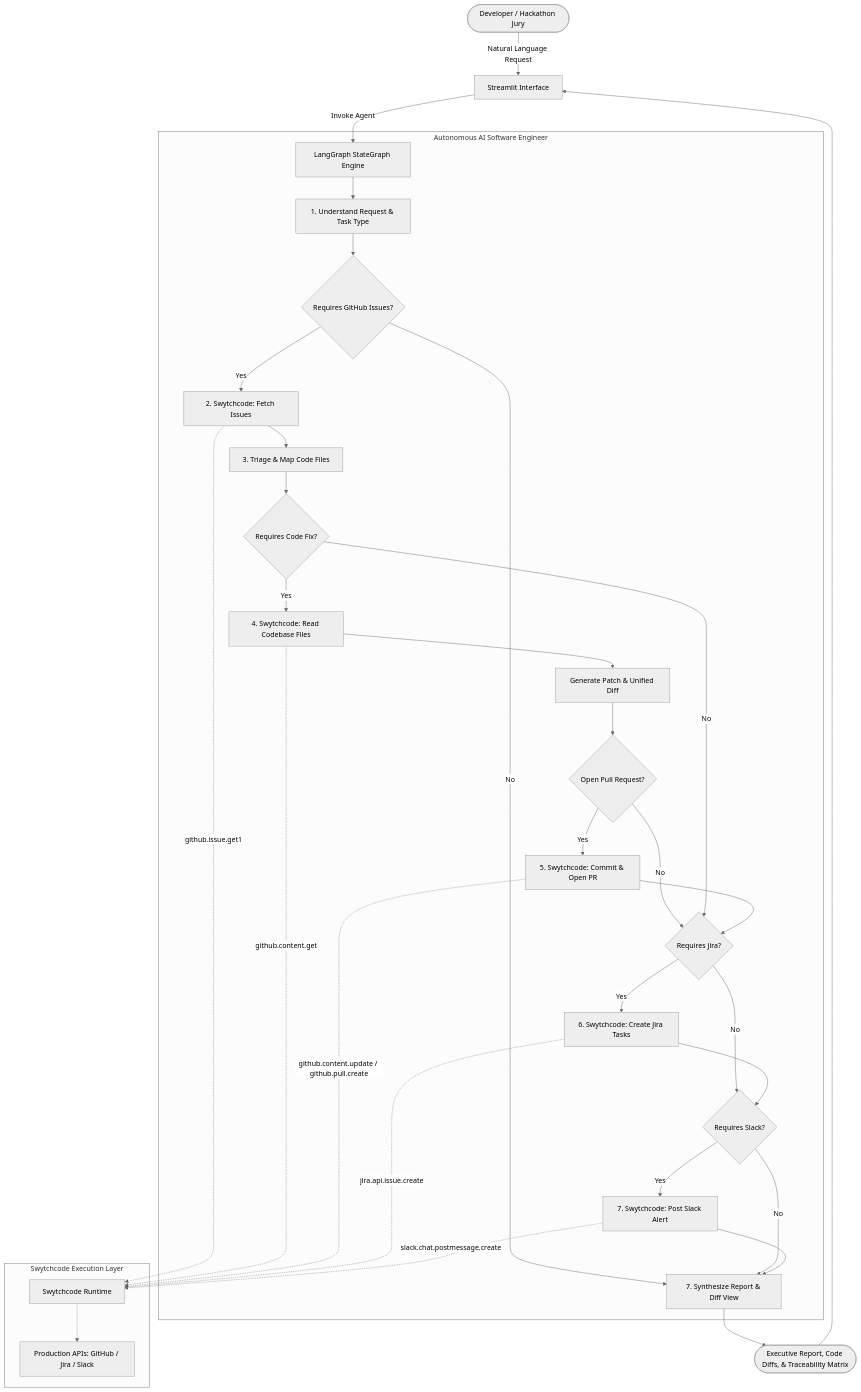
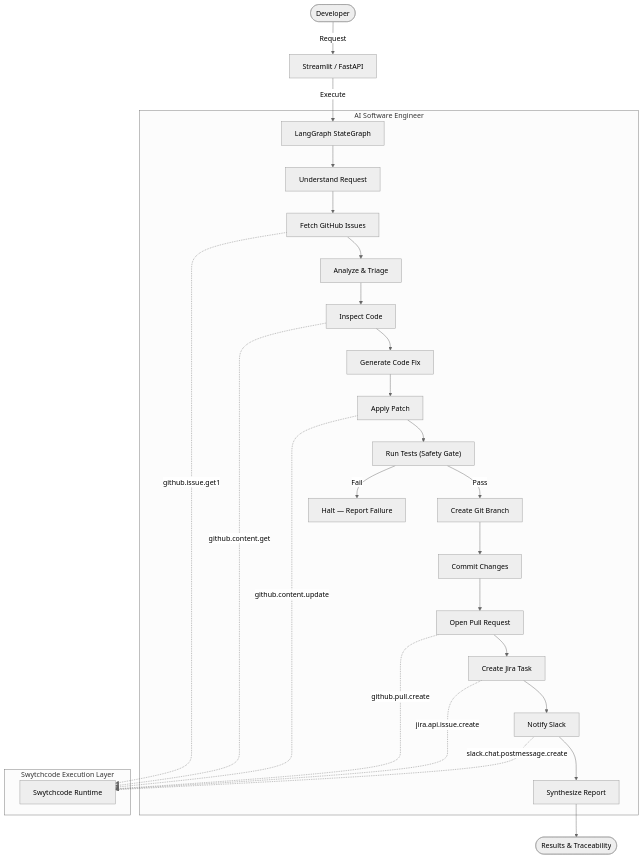
The diagram in README.md (nikhil-mutreja/Buildathon), drawn with Mermaid (neutral theme) before and after one commit. The commit also changed other lines of this file and 14 other files, not shown here.

````diff
--- a/README.md
+++ b/README.md
@@ -36,45 +36,33 @@
 ```mermaid
 flowchart TD
-    User([Developer / Hackathon Jury]) -->|Natural Language Request| UI[Streamlit Interface]
-    UI -->|Invoke Agent| Agent[LangGraph StateGraph Engine]
+    User([Developer]) -->|Request| UI[Streamlit / FastAPI]
+    UI -->|Execute| Agent[LangGraph StateGraph]
 
-    subgraph Autonomous AI Software Engineer
-        Agent --> Understand[1. Understand Request & Task Type]
-        Understand --> Route1{Requires GitHub Issues?}
-        Route1 -->|Yes| FetchGH[2. Swytchcode: Fetch Issues]
-        Route1 -->|No| Synth[7. Synthesize Report & Diff View]
-
-        FetchGH --> Triage[3. Triage & Map Code Files]
-        Triage --> Route2{Requires Code Fix?}
-
-        Route2 -->|Yes| InspectCode[4. Swytchcode: Read Codebase Files]
-        InspectCode --> GenPatch[Generate Patch & Unified Diff]
-        GenPatch --> Route3{Open Pull Request?}
-        Route3 -->|Yes| OpenPR[5. Swytchcode: Commit & Open PR]
-        Route3 -->|No| Route4{Requires Jira?}
-
-        Route2 -->|No| Route4
-        OpenPR --> Route4
-
-        Route4 -->|Yes| JiraNode[6. Swytchcode: Create Jira Tasks]
-        Route4 -->|No| Route5{Requires Slack?}
-
-        JiraNode --> Route5
-        Route5 -->|Yes| SlackNode[7. Swytchcode: Post Slack Alert]
-        Route5 -->|No| Synth
-
-        SlackNode --> Synth
+    subgraph "AI Software Engineer"
+        Agent --> Understand["Understand Request"]
+        Understand --> Fetch["Fetch GitHub Issues"]
+        Fetch --> Analyze["Analyze & Triage"]
+        Analyze --> Inspect["Inspect Code"]
+        Inspect --> Fix["Generate Code Fix"]
+        Fix --> Modify["Apply Patch"]
+        Modify --> Test["Run Tests (Safety Gate)"]
+        Test -->|Pass| Branch["Create Git Branch"]
+        Test -->|Fail| Halt["Halt — Report Failure"]
+        Branch --> Commit["Commit Changes"]
+        Commit --> PR["Open Pull Request"]
+        PR --> Jira["Create Jira Task"]
+        Jira --> Slack["Notify Slack"]
+        Slack --> Report["Synthesize Report"]
     end
 
-    subgraph Swytchcode Execution Layer
-        FetchGH -.->|github.issue.get1| SwyKernel[Swytchcode Runtime]
-        InspectCode -.->|github.content.get| SwyKernel
-        OpenPR -.->|github.content.update / github.pull.create| SwyKernel
-        JiraNode -.->|jira.api.issue.create| SwyKernel
-        SlackNode -.->|slack.chat.postmessage.create| SwyKernel
-        SwyKernel -.-> ExternalAPIs[Production APIs: GitHub / Jira / Slack]
+    subgraph "Swytchcode Execution Layer"
+        Fetch -.->|github.issue.get1| SWY[Swytchcode Runtime]
+        Inspect -.->|github.content.get| SWY
+        Modify -.->|github.content.update| SWY
+        PR -.->|github.pull.create| SWY
+        Jira -.->|jira.api.issue.create| SWY
+        Slack -.->|slack.chat.postmessage.create| SWY
     end
 
-    Synth --> Output([Executive Report, Code Diffs, & Traceability Matrix])
-    Output --> UI
+    Report --> Output([Results & Traceability])
 ```
````
